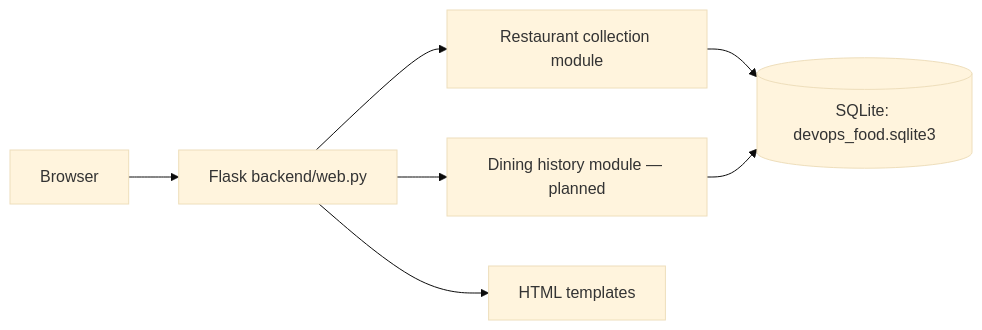
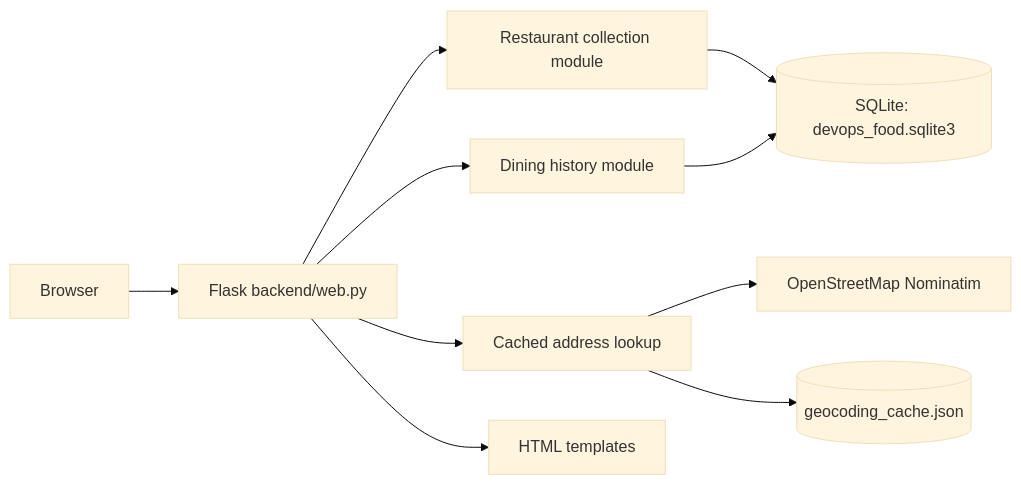
The first of 2 diagrams in docs/REPORT.md (AFG64/assignment_1_Adria_Fijo), drawn with Mermaid (base theme) before and after one commit. The commit also changed other lines of this file and 10 other files, not shown here.

Commit message:
Connect location forms and document address lookup

````diff
--- a/docs/REPORT.md
+++ b/docs/REPORT.md
@@ -19,9 +19,12 @@
 ```mermaid
 flowchart LR
     Browser[Browser] --> Flask[Flask backend/web.py]
     Flask --> Restaurants[Restaurant collection module]
-    Flask --> Visits[Dining history module — planned]
+    Flask --> Visits[Dining history module]
+    Flask --> Geocoder[Cached address lookup]
+    Geocoder --> Nominatim[OpenStreetMap Nominatim]
     Restaurants --> SQLite[(SQLite: devops_food.sqlite3)]
     Visits --> SQLite
+    Geocoder --> Cache[(geocoding_cache.json)]
     Flask --> Templates[HTML templates]
 ```
````
